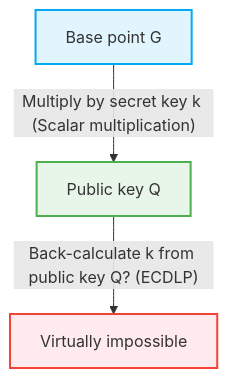
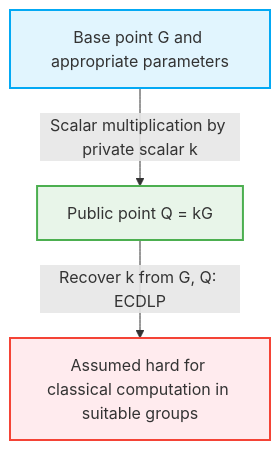
The second of 2 diagrams in content/post/public-key-cryptography-rsa-ecc/index.en.md (kenjinote/blog), drawn with Mermaid before and after one commit. The commit also changed other lines of this file and 8 other files, not shown here.

````diff
--- a/content/post/public-key-cryptography-rsa-ecc/index.en.md
+++ b/content/post/public-key-cryptography-rsa-ecc/index.en.md
@@ -123,8 +165,8 @@
 ```mermaid
 graph TD
-    A["Base point G"] -->|"Multiply by secret key k (Scalar multiplication)"| B["Public key Q"]
-    B -->|"Back-calculate k from public key Q? (ECDLP)"| C["Virtually impossible"]
+    A["Base point G and appropriate parameters"] -->|"Scalar multiplication by private scalar k"| B["Public point Q = kG"]
+    B -->|"Recover k from G, Q: ECDLP"| C["Assumed hard for classical computation in suitable groups"]
     style A fill:#e1f5fe,stroke:#03a9f4,stroke-width:2px
     style B fill:#e8f5e9,stroke:#4caf50,stroke-width:2px
     style C fill:#ffebee,stroke:#f44336,stroke-width:2px
 ```
````
